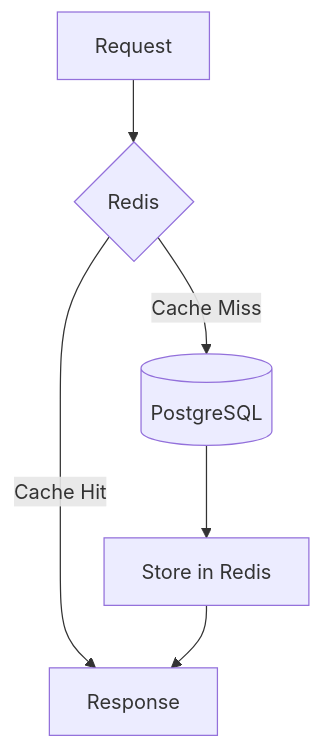
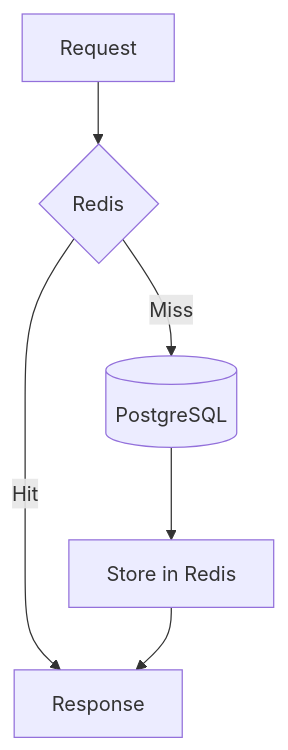
One commit to iamzehan/RacoAI_Backend_Assessment changed the fifth of 5 diagrams in README.md. Above: the diagram before and after it, drawn with Mermaid. The commit also changed other lines of this file, not shown here.

````diff
--- a/README.md
+++ b/README.md
@@ -239,13 +203,8 @@
-```mermaid
+``` mermaid
 flowchart TD
-
 Request --> Cache{Redis}
-
-Cache -->|Cache Hit| Response
-
-Cache -->|Cache Miss| Database[(PostgreSQL)]
-
-Database --> Save[Store in Redis]
-
-Save --> Response
+Cache -->|Hit| Response
+Cache -->|Miss| Database[(PostgreSQL)]
+Database --> Store[Store in Redis]
+Store --> Response
 ```
````
